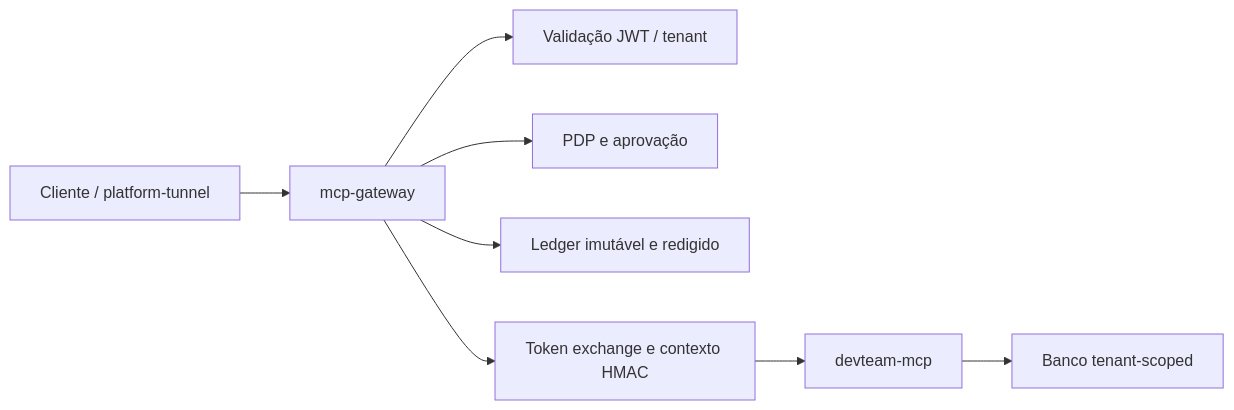
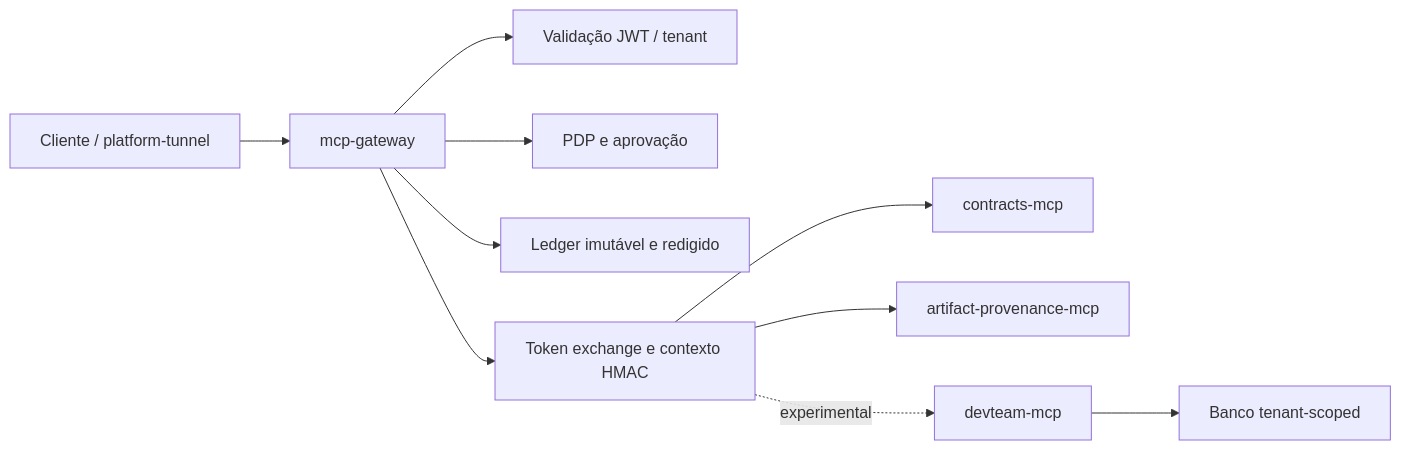
Before and after one commit to dataforalltech/platform-devs: the diagram in README.md, drawn with Mermaid. The commit also changed other lines of this file and 198 other files, not shown here.

````diff
--- a/README.md
+++ b/README.md
@@ -47,10 +51,12 @@
 ```mermaid
 flowchart LR
     C["Cliente / platform-tunnel"] --> G["mcp-gateway"]
     G --> A["Validação JWT / tenant"]
     G --> P["PDP e aprovação"]
     G --> L["Ledger imutável e redigido"]
     G --> X["Token exchange e contexto HMAC"]
-    X --> D["devteam-mcp"]
+    X --> P1["contracts-mcp"]
+    X --> P2["artifact-provenance-mcp"]
+    X -. experimental .-> D["devteam-mcp"]
     D --> T["Banco tenant-scoped"]
 ```
````
